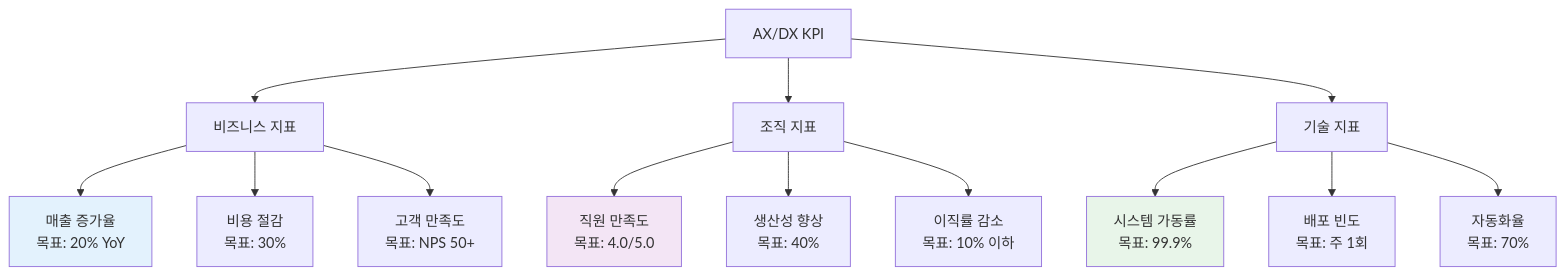
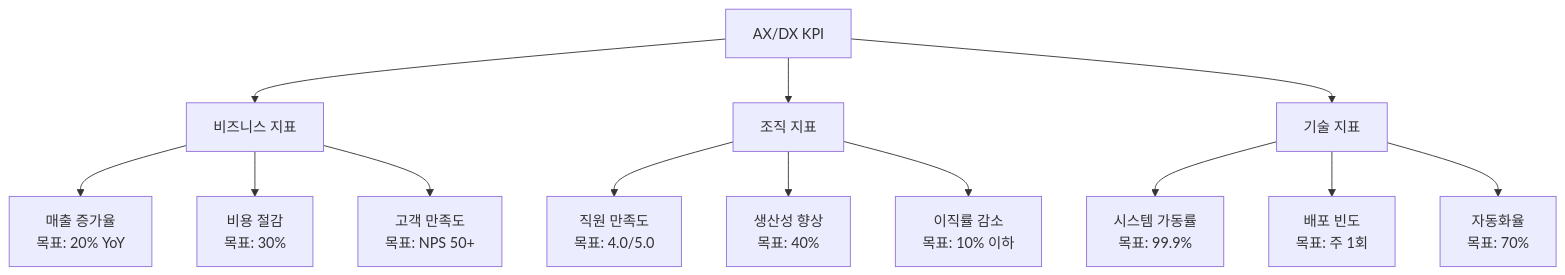
Before and after one commit to nugurejeil/weniVooks: diagram 18 of 23 in _md/genai-notion/chapter06/06-3.md, drawn with Mermaid. The commit also changed other lines of this file and 187 other files, not shown here.

````diff
--- a/_md/genai-notion/chapter06/06-3.md
+++ b/_md/genai-notion/chapter06/06-3.md
@@ -562,22 +534,18 @@
 ```mermaid
 graph TD
     A[AX/DX KPI] --> B[비즈니스 지표]
     A --> C[조직 지표]
     A --> D[기술 지표]
 
     B --> B1[매출 증가율<br/>목표: 20% YoY]
     B --> B2[비용 절감<br/>목표: 30%]
     B --> B3[고객 만족도<br/>목표: NPS 50+]
 
     C --> C1[직원 만족도<br/>목표: 4.0/5.0]
     C --> C2[생산성 향상<br/>목표: 40%]
     C --> C3[이직률 감소<br/>목표: 10% 이하]
 
     D --> D1[시스템 가동률<br/>목표: 99.9%]
     D --> D2[배포 빈도<br/>목표: 주 1회]
     D --> D3[자동화율<br/>목표: 70%]
-
-    style B1 fill:#E3F2FD
-    style C1 fill:#F3E5F5
-    style D1 fill:#E8F5E9
 ```
````
